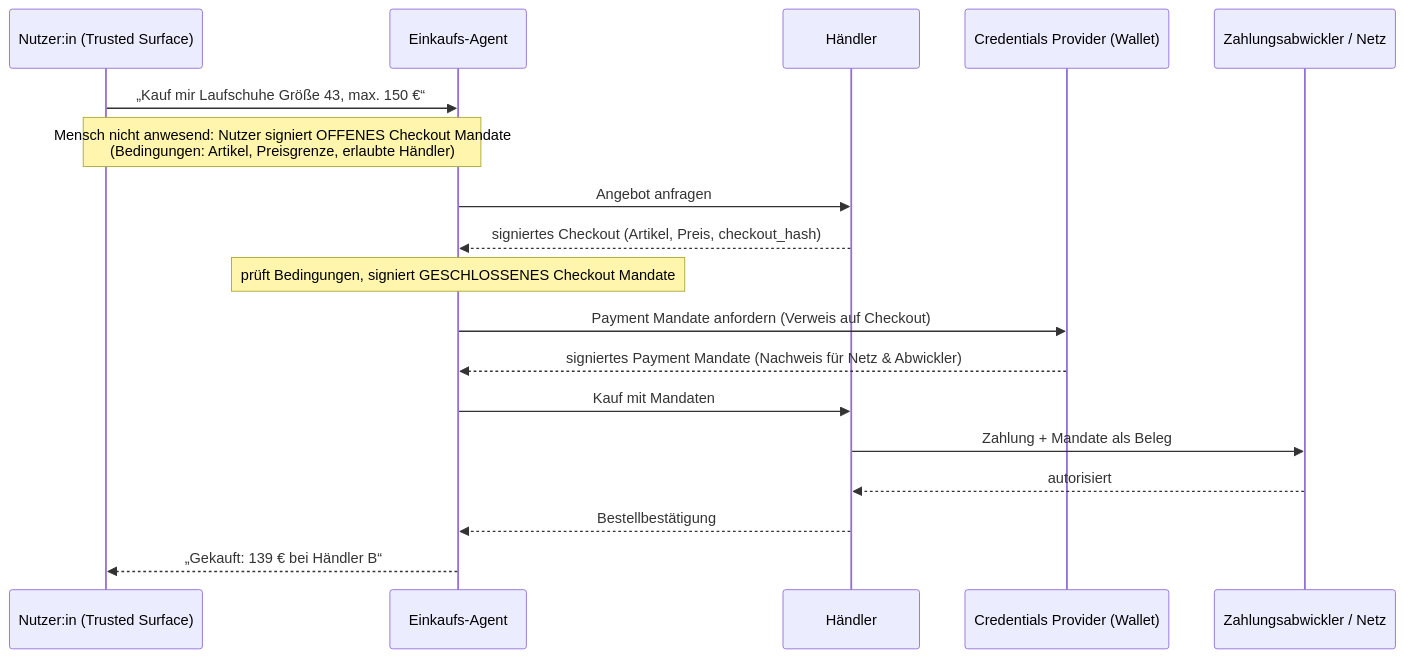
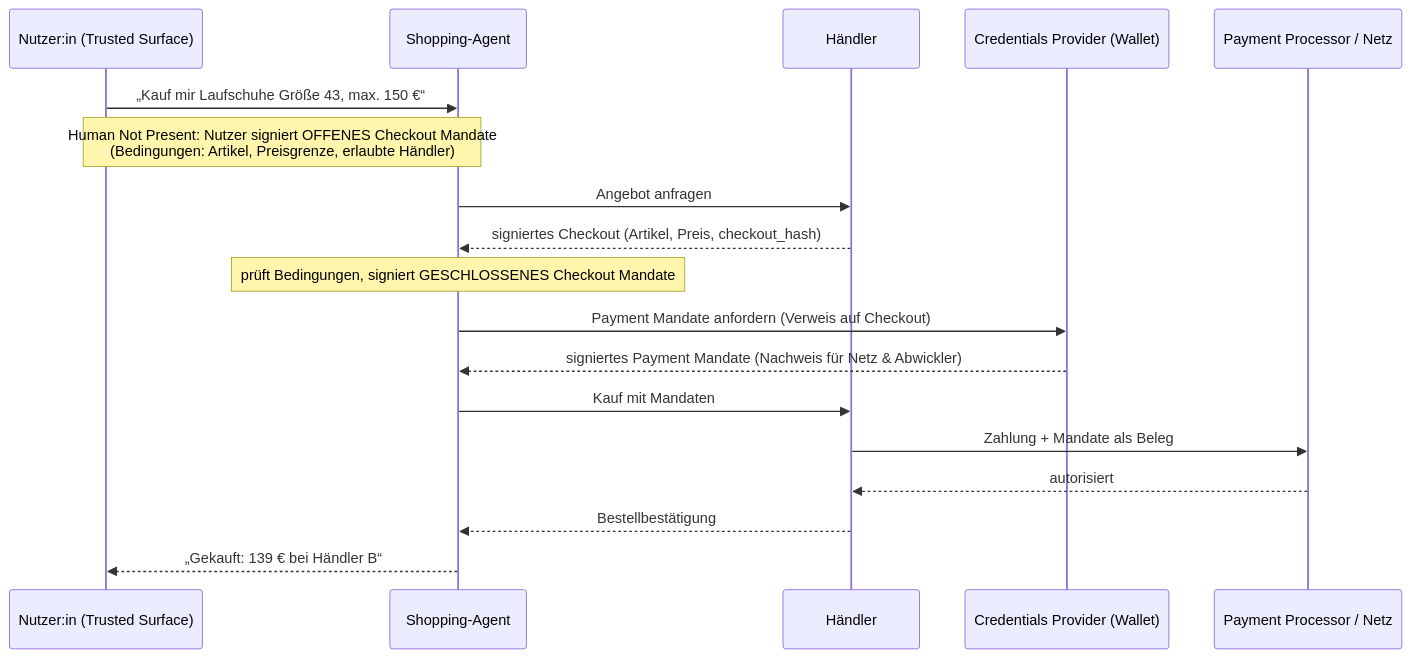
One commit to org-felix-paul/felix-paul-website changed the tenth of 13 diagrams in src/blog/content/posts/agentic-protocols-compared.md. Above: the diagram before and after it, drawn with Mermaid. The commit also changed other lines of this file, not shown here.

````diff
--- a/src/blog/content/posts/agentic-protocols-compared.md
+++ b/src/blog/content/posts/agentic-protocols-compared.md
@@ -644,20 +644,20 @@
 ```mermaid
 sequenceDiagram
     participant U as Nutzer:in (Trusted Surface)
-    participant SA as Einkaufs-Agent
+    participant SA as Shopping-Agent
     participant M as Händler
     participant CP as Credentials Provider (Wallet)
-    participant PP as Zahlungsabwickler / Netz
+    participant PP as Payment Processor / Netz
     U->>SA: „Kauf mir Laufschuhe Größe 43, max. 150 €“
-    Note over U,SA: Mensch nicht anwesend: Nutzer signiert OFFENES Checkout Mandate<br/>(Bedingungen: Artikel, Preisgrenze, erlaubte Händler)
+    Note over U,SA: Human Not Present: Nutzer signiert OFFENES Checkout Mandate<br/>(Bedingungen: Artikel, Preisgrenze, erlaubte Händler)
     SA->>M: Angebot anfragen
     M-->>SA: signiertes Checkout (Artikel, Preis, checkout_hash)
     Note over SA: prüft Bedingungen, signiert GESCHLOSSENES Checkout Mandate
     SA->>CP: Payment Mandate anfordern (Verweis auf Checkout)
     CP-->>SA: signiertes Payment Mandate (Nachweis für Netz & Abwickler)
     SA->>M: Kauf mit Mandaten
     M->>PP: Zahlung + Mandate als Beleg
     PP-->>M: autorisiert
     M-->>SA: Bestellbestätigung
     SA-->>U: „Gekauft: 139 € bei Händler B“
 ```
````
